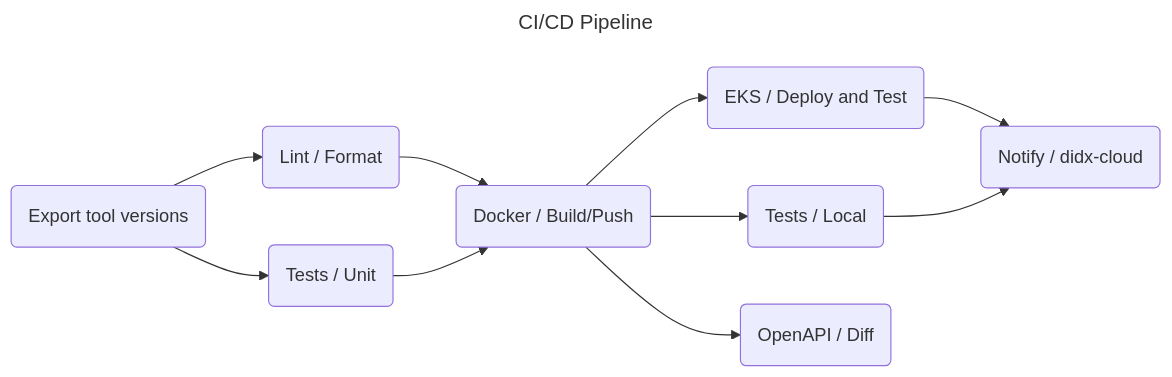
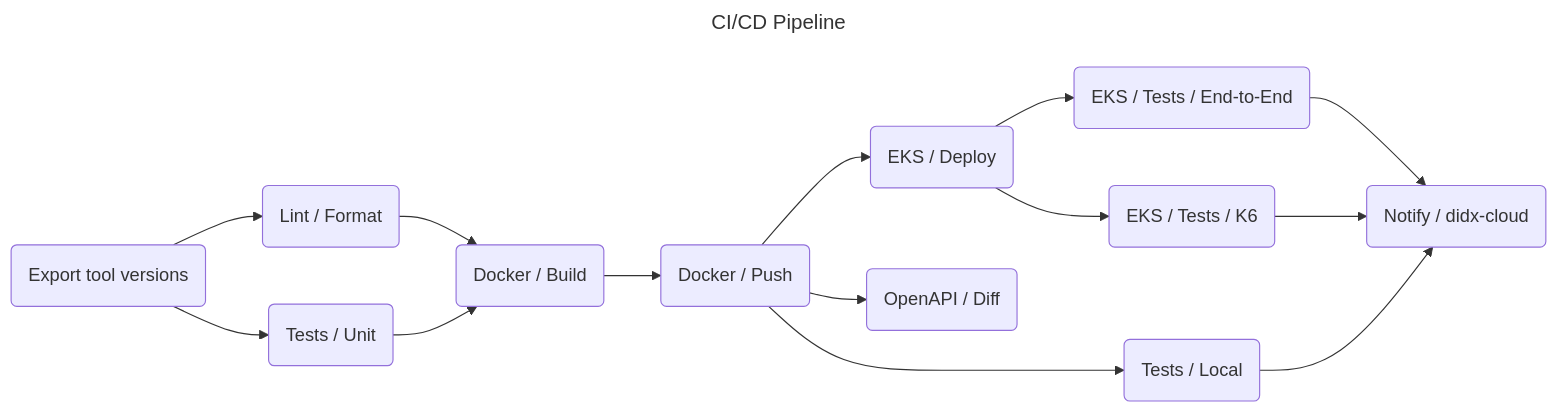
Before and after one commit to didx-xyz/acapy-cloud: the diagram in .github/workflows/README.md, drawn with Mermaid.

Commit message:
:memo: Update CICD flow chart (#1546)
With the EKS workflow refactor the CICD flow chart needed an update

````diff
--- a/.github/workflows/README.md
+++ b/.github/workflows/README.md
@@ -5,24 +5,31 @@
 ```mermaid
 ---
 title: CI/CD Pipeline
 ---
 flowchart LR
     ExportVersions(Export tool versions)
     Lint(Lint / Format)
     TestsUnit(Tests / Unit)
-    Docker(Docker / Build/Push)
+    DockerBuild(Docker / Build)
+    DockerPush(Docker / Push)
     TestsLocal(Tests / Local)
-    EKS(EKS / Deploy and Test)
+    EKSDeploy(EKS / Deploy)
+    EKSTestE2E(EKS / Tests / End-to-End)
+    EKSTestK6(EKS / Tests / K6)
     Notify(Notify / didx-cloud)
     OpenAPI(OpenAPI / Diff)
 
     ExportVersions --> Lint
     ExportVersions --> TestsUnit
-    Lint --> Docker
-    TestsUnit --> Docker
-    Docker --> TestsLocal
-    Docker --> EKS
-    EKS --> Notify
+    Lint --> DockerBuild
+    TestsUnit --> DockerBuild
+    DockerBuild --> DockerPush
+    DockerPush --> TestsLocal
+    DockerPush --> EKSDeploy
+    DockerPush --> OpenAPI
+    EKSDeploy --> EKSTestE2E
+    EKSDeploy --> EKSTestK6
+    EKSTestE2E --> Notify
+    EKSTestK6 --> Notify
     TestsLocal --> Notify
-    Docker --> OpenAPI
 ```
````
